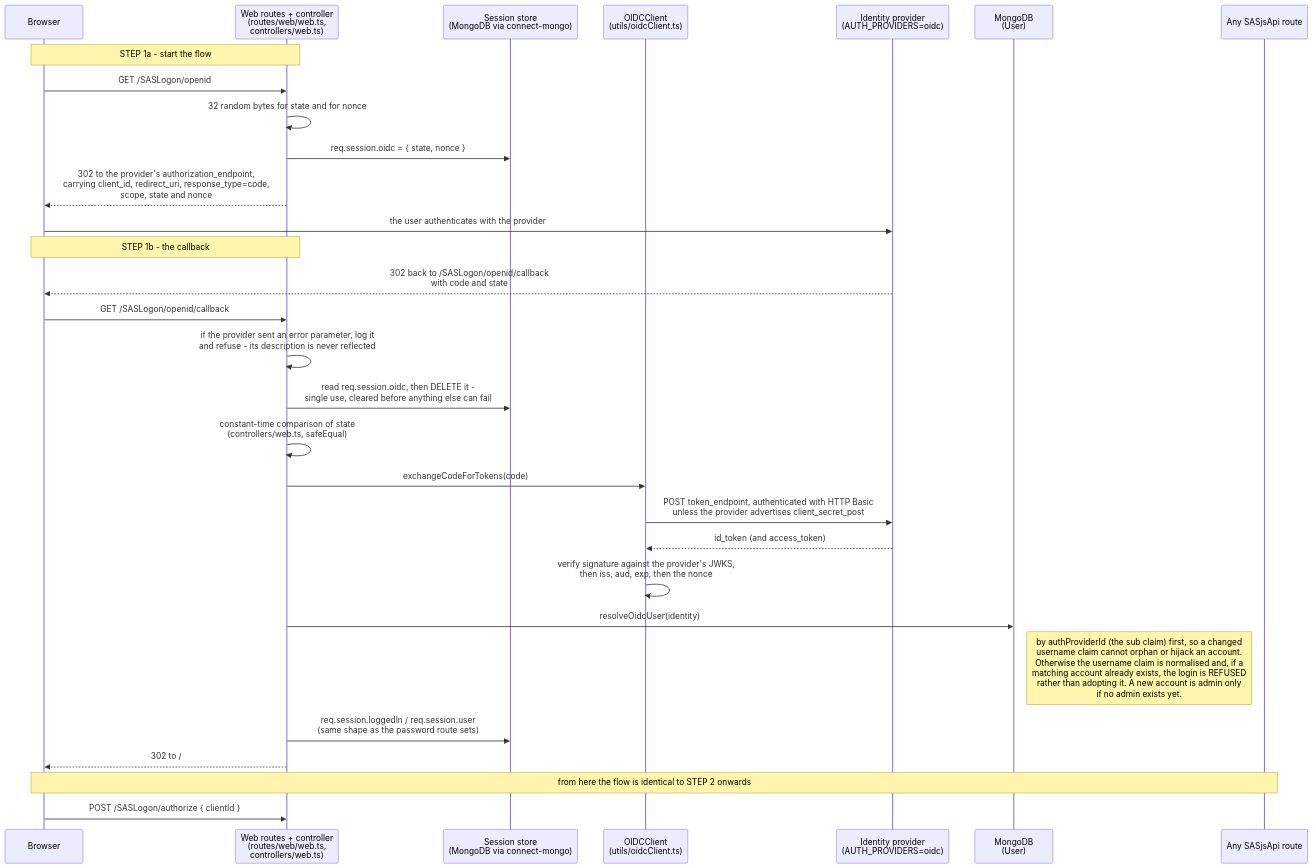
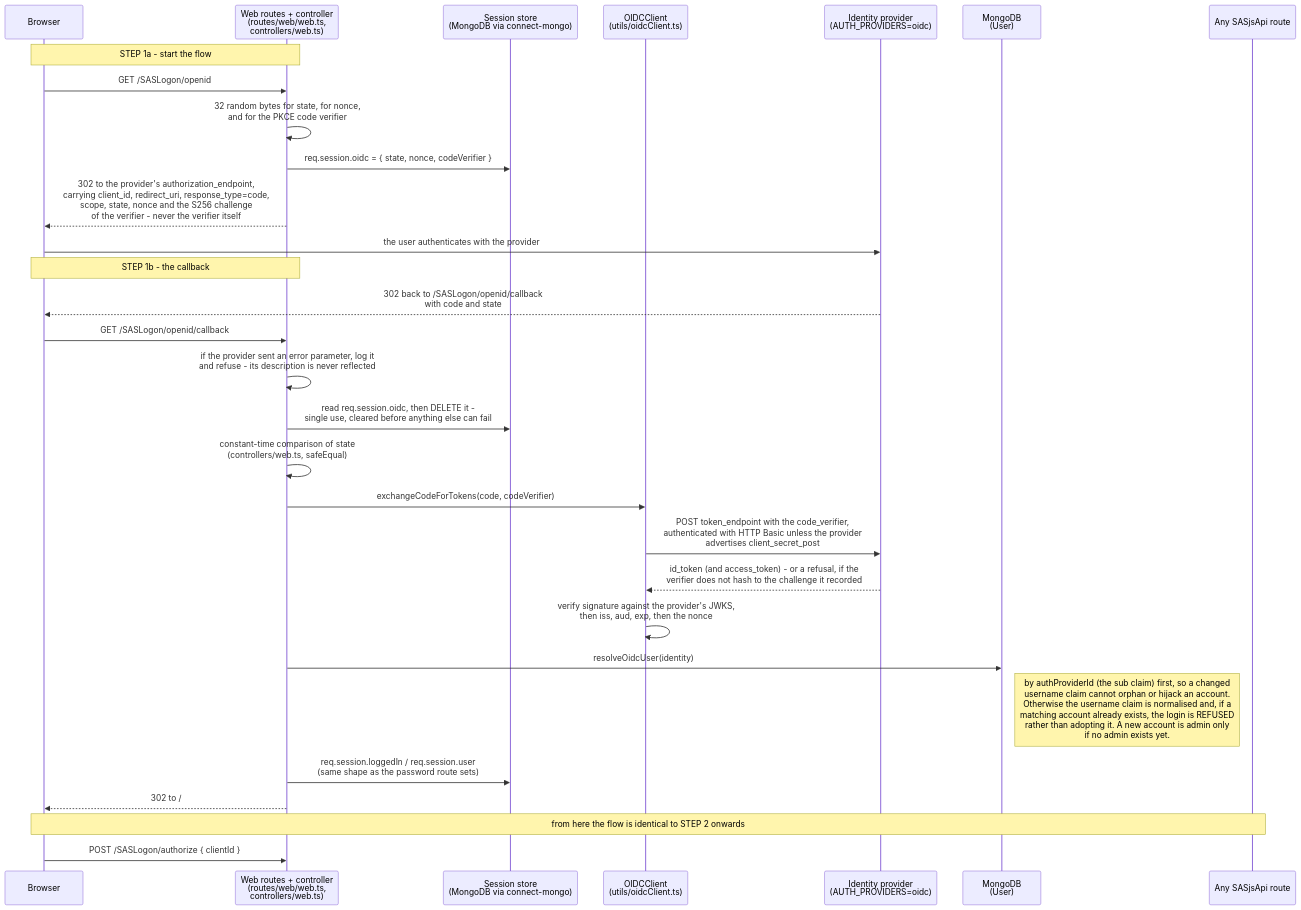
One commit to sasjs/server changed the second of 2 diagrams in docs/diagrams/authentication-flow.md. Above: the diagram before and after it, drawn with Mermaid. The commit also changed other lines of this file and 7 other files, not shown here.

First line of the commit message:
feat(auth): send a PKCE challenge on the OIDC sign-in flow

````diff
--- a/docs/diagrams/authentication-flow.md
+++ b/docs/diagrams/authentication-flow.md
@@ -130,35 +130,35 @@
 ```mermaid
 sequenceDiagram
     participant Browser as Browser
     participant Web as Web routes + controller<br/>(routes/web/web.ts,<br/>controllers/web.ts)
     participant Sess as Session store<br/>(MongoDB via connect-mongo)
     participant OIDC as OIDCClient<br/>(utils/oidcClient.ts)
     participant IdP as Identity provider<br/>(AUTH_PROVIDERS=oidc)
     participant DB as MongoDB<br/>(User)
     participant API as Any SASjsApi route
 
     Note over Browser,Web: STEP 1a - start the flow
     Browser->>Web: GET /SASLogon/openid
-    Web->>Web: 32 random bytes for state and for nonce
-    Web->>Sess: req.session.oidc = { state, nonce }
-    Web-->>Browser: 302 to the provider's authorization_endpoint,<br/>carrying client_id, redirect_uri, response_type=code,<br/>scope, state and nonce
+    Web->>Web: 32 random bytes for state, for nonce,<br/>and for the PKCE code verifier
+    Web->>Sess: req.session.oidc = { state, nonce, codeVerifier }
+    Web-->>Browser: 302 to the provider's authorization_endpoint,<br/>carrying client_id, redirect_uri, response_type=code,<br/>scope, state, nonce and the S256 challenge<br/>of the verifier - never the verifier itself
     Browser->>IdP: the user authenticates with the provider
 
     Note over Browser,Web: STEP 1b - the callback
     IdP-->>Browser: 302 back to /SASLogon/openid/callback<br/>with code and state
     Browser->>Web: GET /SASLogon/openid/callback
     Web->>Web: if the provider sent an error parameter, log it<br/>and refuse - its description is never reflected
     Web->>Sess: read req.session.oidc, then DELETE it -<br/>single use, cleared before anything else can fail
     Web->>Web: constant-time comparison of state<br/>(controllers/web.ts, safeEqual)
-    Web->>OIDC: exchangeCodeForTokens(code)
-    OIDC->>IdP: POST token_endpoint, authenticated with HTTP Basic<br/>unless the provider advertises client_secret_post
-    IdP-->>OIDC: id_token (and access_token)
+    Web->>OIDC: exchangeCodeForTokens(code, codeVerifier)
+    OIDC->>IdP: POST token_endpoint with the code_verifier,<br/>authenticated with HTTP Basic unless the provider<br/>advertises client_secret_post
+    IdP-->>OIDC: id_token (and access_token) - or a refusal, if the<br/>verifier does not hash to the challenge it recorded
     OIDC->>OIDC: verify signature against the provider's JWKS,<br/>then iss, aud, exp, then the nonce
     Web->>DB: resolveOidcUser(identity)
     Note right of DB: by authProviderId (the sub claim) first, so a changed<br/>username claim cannot orphan or hijack an account.<br/>Otherwise the username claim is normalised and, if a<br/>matching account already exists, the login is REFUSED<br/>rather than adopting it. A new account is admin only<br/>if no admin exists yet.
     Web->>Sess: req.session.loggedIn / req.session.user<br/>(same shape as the password route sets)
     Web-->>Browser: 302 to /
 
     Note over Browser,API: from here the flow is identical to STEP 2 onwards
     Browser->>Web: POST /SASLogon/authorize { clientId }
 ```
````
